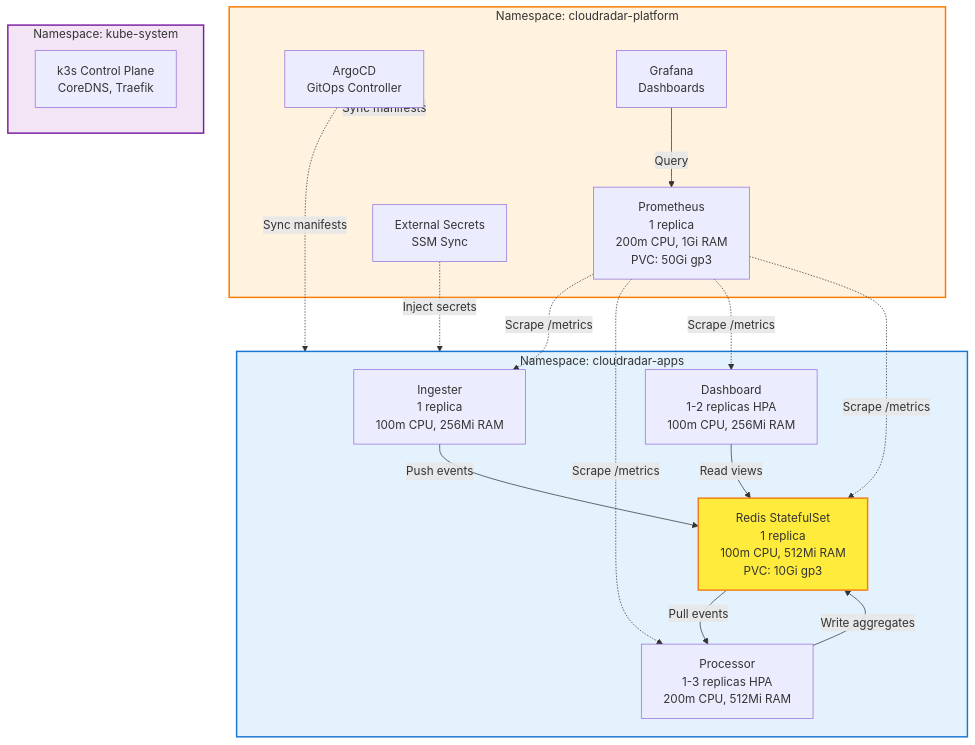
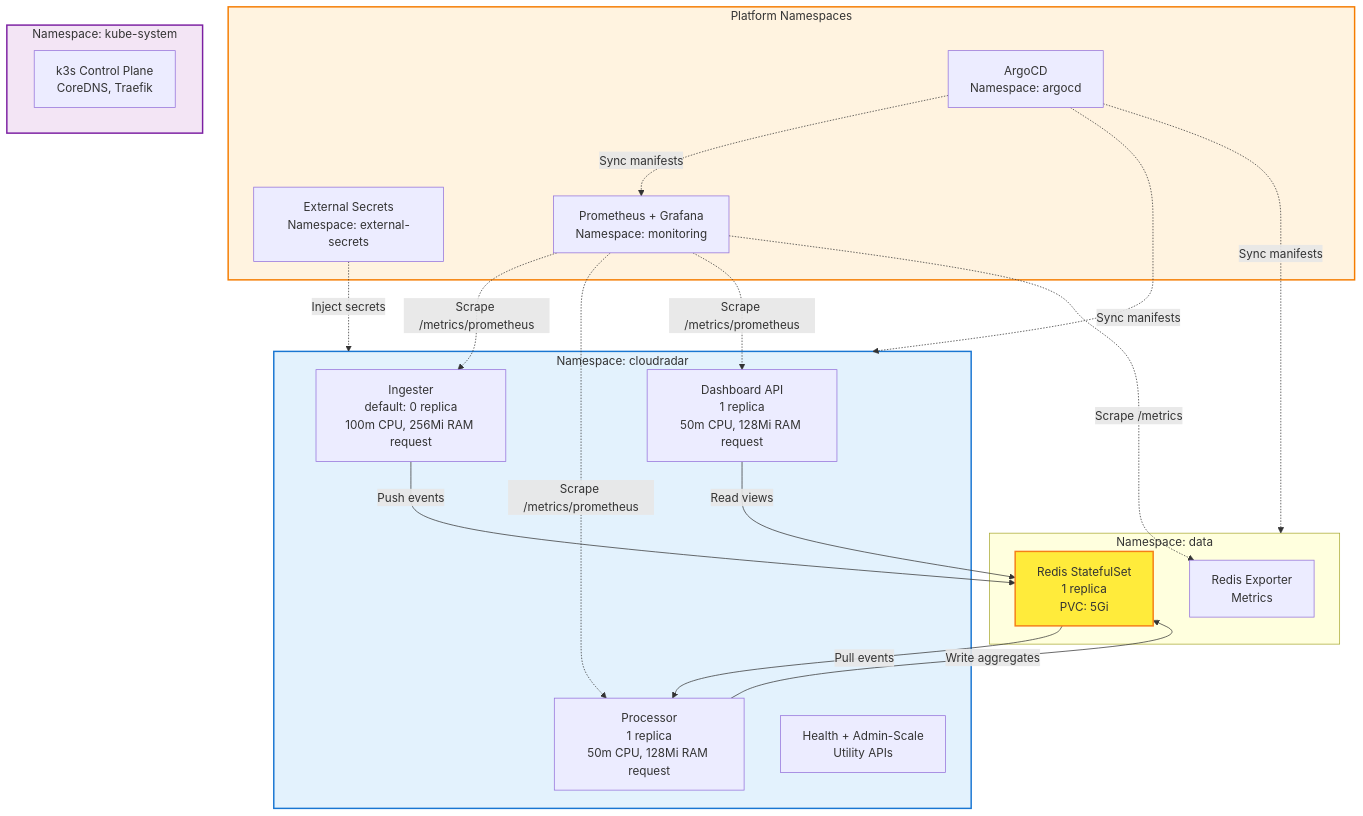
The fourth of 10 diagrams in docs/architecture/technical-architecture-summary.md (ClementV78/CloudRadar), drawn with Mermaid before and after one commit. The commit also changed other lines of this file and 1 other file, not shown here.

First line of the commit message:
docs(architecture): align technical architecture docs

````diff
--- a/docs/architecture/technical-architecture-summary.md
+++ b/docs/architecture/technical-architecture-summary.md
@@ -184,35 +189,43 @@
 ```mermaid
 graph TB
-    subgraph NS_Apps["Namespace: cloudradar-apps"]
-        ING[Ingester<br/>1 replica<br/>100m CPU, 256Mi RAM]
-        PROC[Processor<br/>1-3 replicas HPA<br/>200m CPU, 512Mi RAM]
-        DASH[Dashboard<br/>1-2 replicas HPA<br/>100m CPU, 256Mi RAM]
-        REDIS[Redis StatefulSet<br/>1 replica<br/>100m CPU, 512Mi RAM<br/>PVC: 10Gi gp3]
+    subgraph NS_Apps["Namespace: cloudradar"]
+        ING[Ingester<br/>default: 0 replica<br/>100m CPU, 256Mi RAM request]
+        PROC[Processor<br/>1 replica<br/>50m CPU, 128Mi RAM request]
+        DASH[Dashboard API<br/>1 replica<br/>50m CPU, 128Mi RAM request]
+        HEALTH[Health + Admin-Scale<br/>Utility APIs]
     end
-    
-    subgraph NS_Platform["Namespace: cloudradar-platform"]
-        ARGO[ArgoCD<br/>GitOps Controller]
-        ESO[External Secrets<br/>SSM Sync]
-        PROM[Prometheus<br/>1 replica<br/>200m CPU, 1Gi RAM<br/>PVC: 50Gi gp3]
-        GRAF[Grafana<br/>Dashboards]
+
+    subgraph NS_Data["Namespace: data"]
+        REDIS[Redis StatefulSet<br/>1 replica<br/>PVC: 5Gi]
+        REDIS_EXP[Redis Exporter<br/>Metrics]
     end
-    
+
+    subgraph NS_Platform["Platform Namespaces"]
+        ARGO[ArgoCD<br/>Namespace: argocd]
+        ESO[External Secrets<br/>Namespace: external-secrets]
+        PROM[Prometheus + Grafana<br/>Namespace: monitoring]
+    end
+
     subgraph NS_System["Namespace: kube-system"]
         CORE[k3s Control Plane<br/>CoreDNS, Traefik]
     end
     
     ING -->|Push events| REDIS
     REDIS -->|Pull events| PROC
     PROC -->|Write aggregates| REDIS
     DASH -->|Read views| REDIS
     
-    PROM -.->|Scrape /metrics| ING & PROC & DASH & REDIS
-    GRAF -->|Query| PROM
-    ARGO -.->|Sync manifests| NS_Apps & NS_Platform
+    PROM -.->|Scrape /metrics/prometheus| ING
+    PROM -.->|Scrape /metrics/prometheus| PROC
+    PROM -.->|Scrape /metrics/prometheus| DASH
+    PROM -.->|Scrape /metrics| REDIS_EXP
+    ARGO -.->|Sync manifests| NS_Apps
+    ARGO -.->|Sync manifests| NS_Data
+    ARGO -.->|Sync manifests| PROM
     ESO -.->|Inject secrets| NS_Apps
     
     style NS_Apps fill:#e3f2fd,stroke:#1976d2,stroke-width:2px
     style NS_Platform fill:#fff3e0,stroke:#f57c00,stroke-width:2px
     style NS_System fill:#f3e5f5,stroke:#7b1fa2,stroke-width:2px
     style REDIS fill:#ffeb3b,stroke:#f57f17,stroke-width:2px
 ```
````
